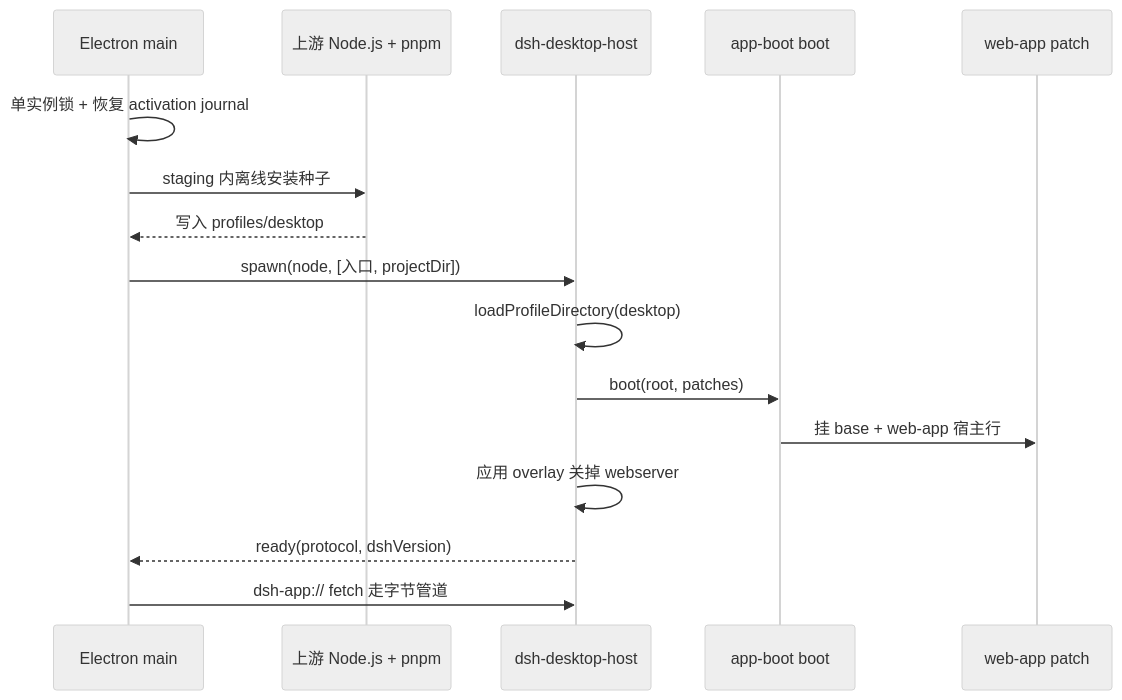
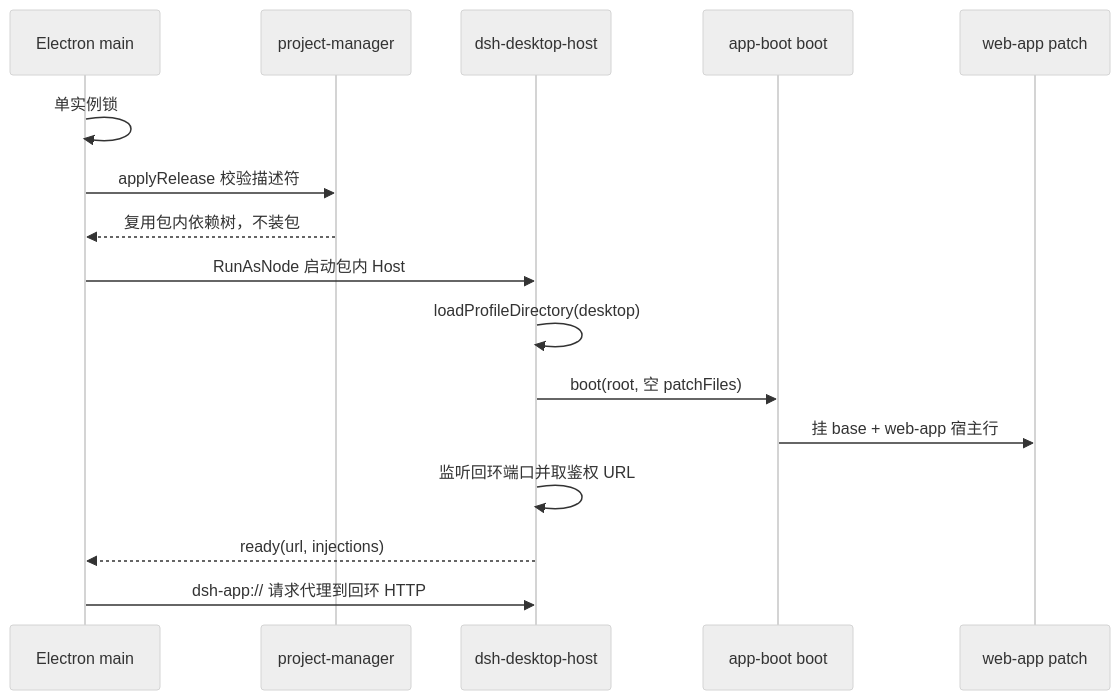
Before and after one commit to morehao/oss-insights: the third of 4 diagrams in ai-agent/deepseek-harness/deployment.md, drawn with Mermaid (neutral theme). The commit also changed other lines of this file and 28 other files, not shown here.

````diff
--- a/ai-agent/deepseek-harness/deployment.md
+++ b/ai-agent/deepseek-harness/deployment.md
@@ -138,19 +158,19 @@
 ```mermaid
 sequenceDiagram
     participant E as Electron main
-    participant N as 上游 Node.js + pnpm
+    participant P as project-manager
     participant H as dsh-desktop-host
     participant B as app-boot boot
     participant W as web-app patch
 
-    E->>E: 单实例锁 + 恢复 activation journal
-    E->>N: staging 内离线安装种子
-    N-->>E: 写入 profiles/desktop
-    E->>H: spawn(node, [入口, projectDir])
+    E->>E: 单实例锁
+    E->>P: applyRelease 校验描述符
+    P-->>E: 复用包内依赖树，不装包
+    E->>H: RunAsNode 启动包内 Host
     H->>H: loadProfileDirectory(desktop)
-    H->>B: boot(root, patches)
+    H->>B: boot(root, 空 patchFiles)
     B->>W: 挂 base + web-app 宿主行
-    H->>H: 应用 overlay 关掉 webserver
-    H-->>E: ready(protocol, dshVersion)
-    E->>H: dsh-app:// fetch 走字节管道
+    H->>H: 监听回环端口并取鉴权 URL
+    H-->>E: ready(url, injections)
+    E->>H: dsh-app:// 请求代理到回环 HTTP
 ```
````
